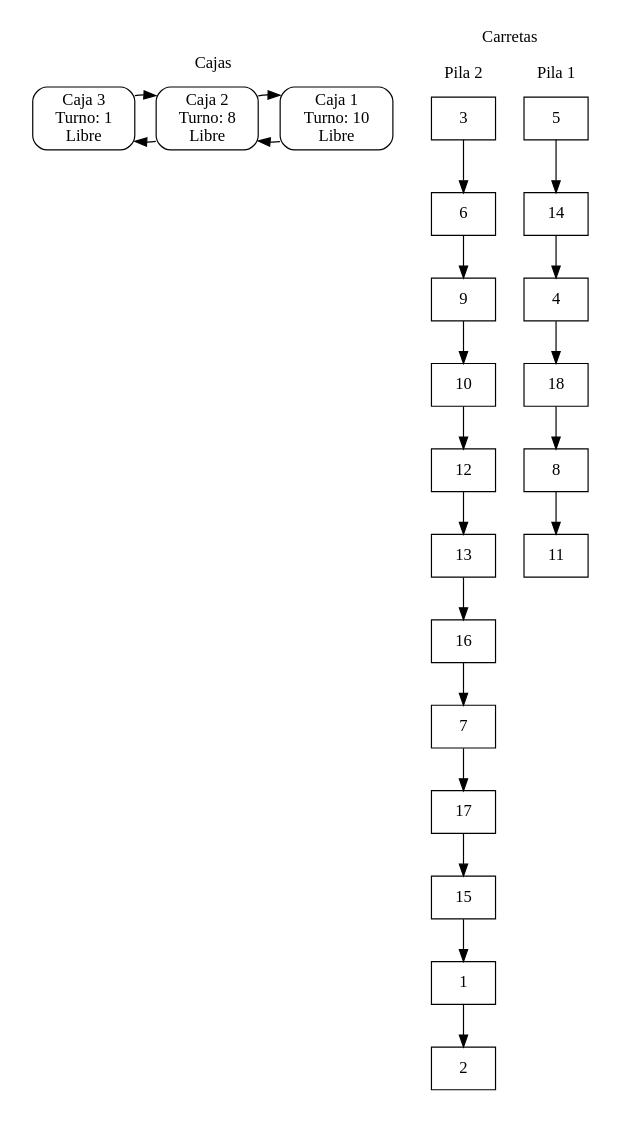
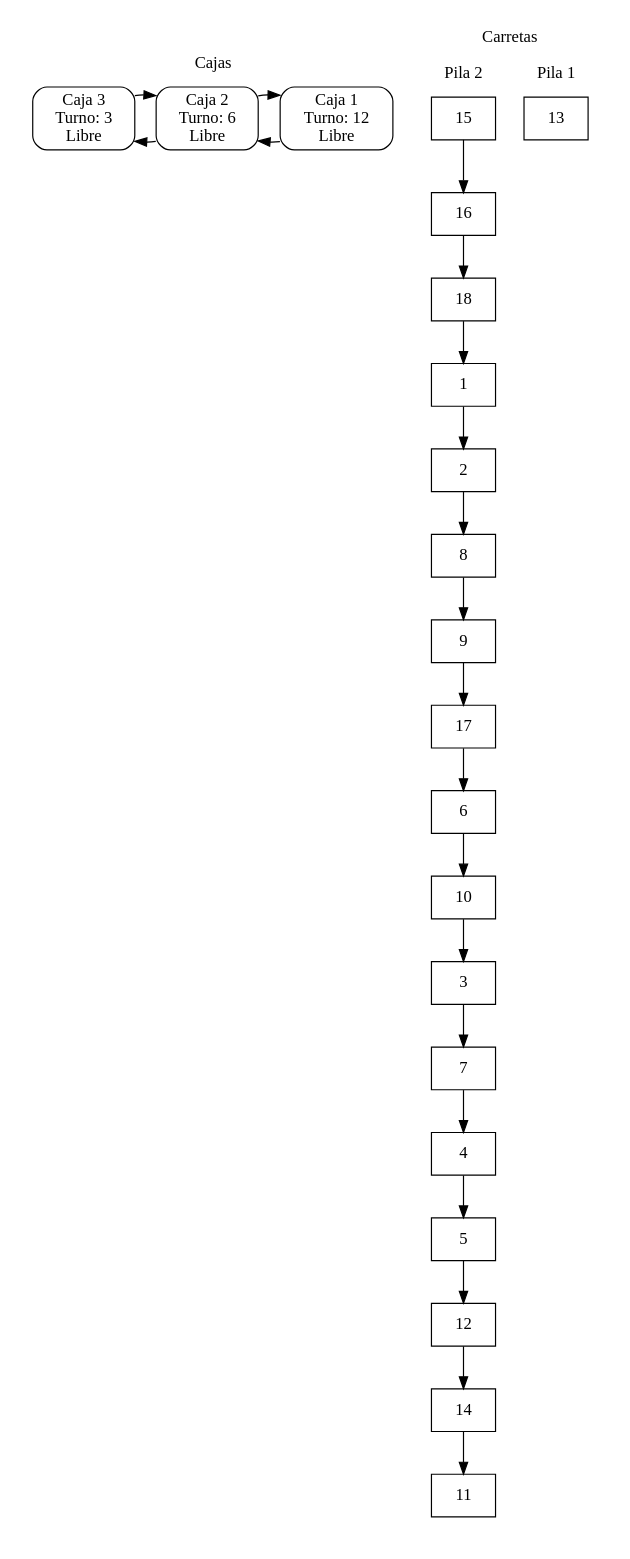
One commit to Chejohrpp/Practica1EstructuraDatos changed the diagram in dibujable.dot. Above: the diagram before and after it, drawn with Graphviz. The commit also changed 1 other file, not shown here.

```diff
--- a/dibujable.dot
+++ b/dibujable.dot
@@ -1,7 +1,7 @@
 digraph G{subgraph cluster_cajas {label = "Cajas";	style=filled;style=filled;color=white;node [style=rounded,color=black,shape=box];f1->f2[constraint=false];f1[label="Caja 1 
- Turno: 10 
+ Turno: 12 
  Libre "];f2->f3[constraint=false];f2->f1[constraint=false];f2[label="Caja 2 
- Turno: 8 
+ Turno: 6 
  Libre "];f3->f2[constraint=false];f3[label="Caja 3 
- Turno: 1 
- Libre "];}subgraph cluster_pagar{label = "Cola de espera a pagar";style=filled;style=filled;color=white;node [shape=box,color=black,style=rounded];}subgraph cluster_compras{label = " compras ";style=filled;style=filled;color=white;node [style=rounded,color=black,shape=box];}subgraph cluster_carretas{label ="Carretas";style=filled;color=white;subgraph cluster_b{label = " Pila 1 ";style=filled;style=filled;color=white;node [shape=box,color=black];b5->b14;b5[label=" 5 "];b14->b4;b14[label=" 14 "];b4->b18;b4[label=" 4 "];b18->b8;b18[label=" 18 "];b8->b11;b8[label=" 8 "];b11[label=" 11 "];}subgraph cluster_c{label = " Pila 2 ";style=filled;style=filled;color=white;node [shape=box,color=black];c3->c6;c3[label=" 3 "];c6->c9;c6[label=" 6 "];c9->c10;c9[label=" 9 "];c10->c12;c10[label=" 10 "];c12->c13;c12[label=" 12 "];c13->c16;c13[label=" 13 "];c16->c7;c16[label=" 16 "];c7->c17;c7[label=" 7 "];c17->c15;c17[label=" 17 "];c15->c1;c15[label=" 15 "];c1->c2;c1[label=" 1 "];c2[label=" 2 "];}}subgraph cluster_a{label = " Cola de espera ";style=filled;style=filled;color=white;node [shape=box,color=black];} }
+ Turno: 3 
+ Libre "];}subgraph cluster_pagar{label = "Cola de espera a pagar";style=filled;style=filled;color=white;node [shape=box,color=black,style=rounded];}subgraph cluster_compras{label = " compras ";style=filled;style=filled;color=white;node [style=rounded,color=black,shape=box];}subgraph cluster_carretas{label ="Carretas";style=filled;color=white;subgraph cluster_b{label = " Pila 1 ";style=filled;style=filled;color=white;node [shape=box,color=black];b13[label=" 13 "];}subgraph cluster_c{label = " Pila 2 ";style=filled;style=filled;color=white;node [shape=box,color=black];c15->c16;c15[label=" 15 "];c16->c18;c16[label=" 16 "];c18->c1;c18[label=" 18 "];c1->c2;c1[label=" 1 "];c2->c8;c2[label=" 2 "];c8->c9;c8[label=" 8 "];c9->c17;c9[label=" 9 "];c17->c6;c17[label=" 17 "];c6->c10;c6[label=" 6 "];c10->c3;c10[label=" 10 "];c3->c7;c3[label=" 3 "];c7->c4;c7[label=" 7 "];c4->c5;c4[label=" 4 "];c5->c12;c5[label=" 5 "];c12->c14;c12[label=" 12 "];c14->c11;c14[label=" 14 "];c11[label=" 11 "];}}subgraph cluster_a{label = " Cola de espera ";style=filled;style=filled;color=white;node [shape=box,color=black];} }
```
